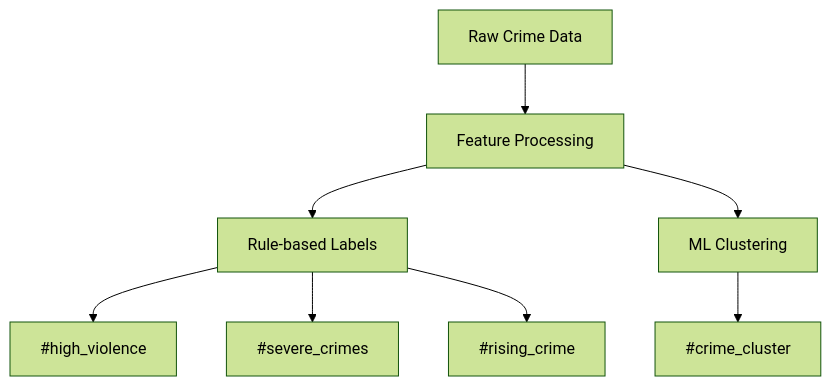
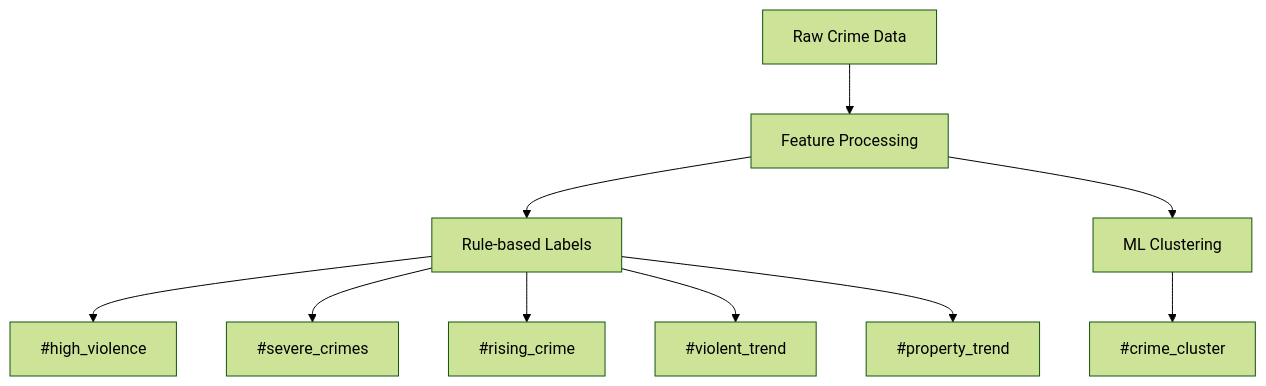
Before and after one commit to webeet-io/layered-populate-data-pool-da: the diagram in labels/scripts/segmentation/crime_statistics/README.md, drawn with Mermaid (forest theme). The commit also changed other lines of this file and 27 other files, not shown here.

````diff
--- a/labels/scripts/segmentation/crime_statistics/README.md
+++ b/labels/scripts/segmentation/crime_statistics/README.md
@@ -39,10 +47,12 @@
 ```mermaid
 graph TD
     A[Raw Crime Data] --> B[Feature Processing]
     B --> C[Rule-based Labels]
     B --> D[ML Clustering]
     C --> E[#high_violence]
     D --> F[#crime_cluster]
     C --> G[#severe_crimes]
     C --> H[#rising_crime]
+    C --> I[#violent_trend]
+    C --> J[#property_trend]
 ```
````
